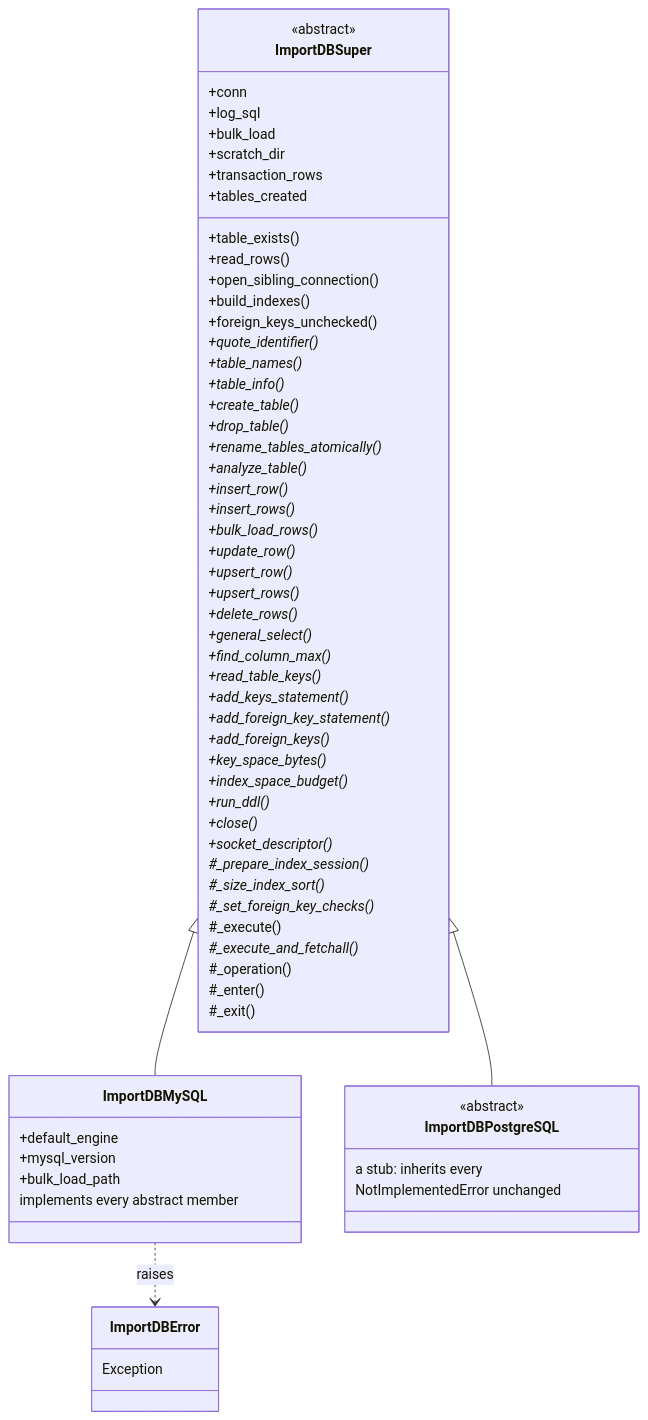
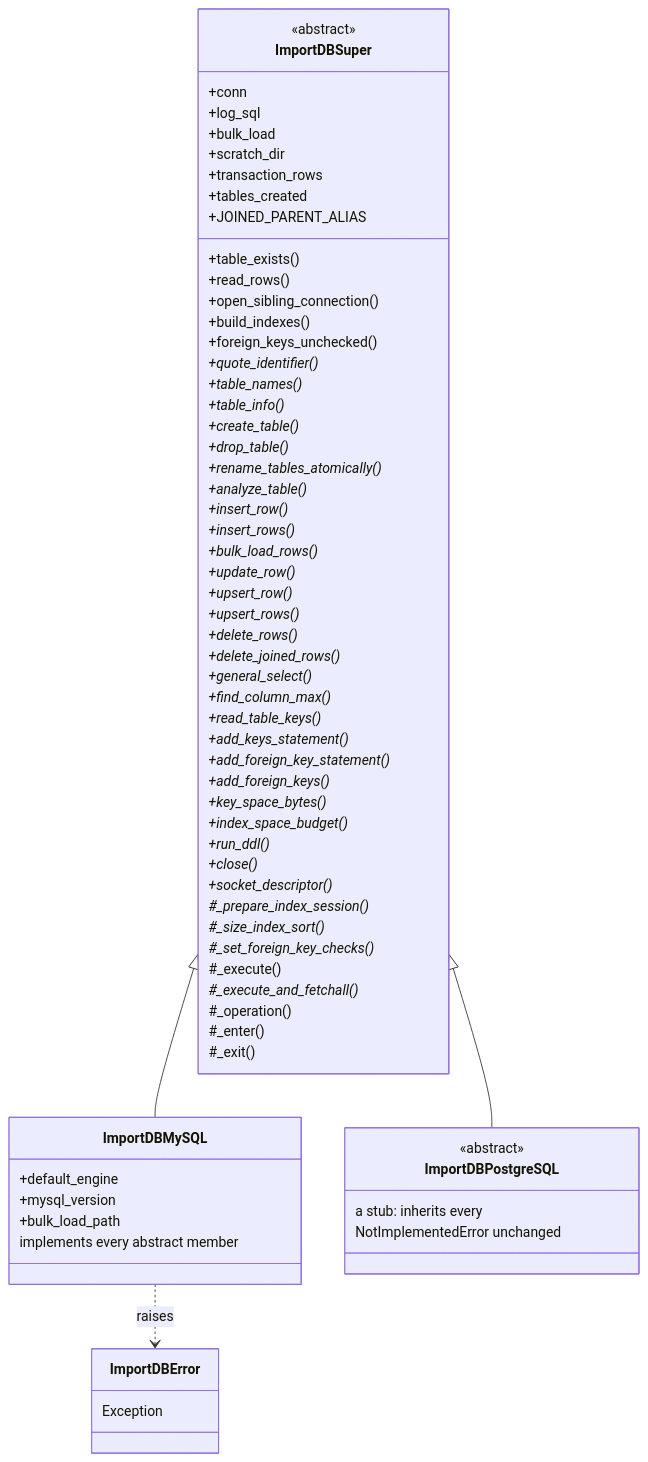
Before and after one commit to SETI/rms-opus: the diagram in docs/dev_guide_import_db.rst, drawn with Mermaid. The commit also changed other lines of this file and 103 other files, not shown here.

```diff
--- a/docs/dev_guide_import_db.rst
+++ b/docs/dev_guide_import_db.rst
@@ -25,69 +25,71 @@
 .. mermaid::
     :zoom:
 
     classDiagram
         class ImportDBSuper {
             <<abstract>>
             +conn
             +log_sql
             +bulk_load
             +scratch_dir
             +transaction_rows
             +tables_created
+            +JOINED_PARENT_ALIAS
             +table_exists()
             +read_rows()
             +open_sibling_connection()
             +build_indexes()
             +foreign_keys_unchecked()
             +quote_identifier()*
             +table_names()*
             +table_info()*
             +create_table()*
             +drop_table()*
             +rename_tables_atomically()*
             +analyze_table()*
             +insert_row()*
             +insert_rows()*
             +bulk_load_rows()*
             +update_row()*
             +upsert_row()*
             +upsert_rows()*
             +delete_rows()*
+            +delete_joined_rows()*
             +general_select()*
             +find_column_max()*
             +read_table_keys()*
             +add_keys_statement()*
             +add_foreign_key_statement()*
             +add_foreign_keys()*
             +key_space_bytes()*
             +index_space_budget()*
             +run_ddl()*
             +close()*
             +socket_descriptor()*
             #_prepare_index_session()*
             #_size_index_sort()*
             #_set_foreign_key_checks()*
             #_execute()
             #_execute_and_fetchall()*
             #_operation()
             #_enter()
             #_exit()
         }
         class ImportDBMySQL {
             +default_engine
             +mysql_version
             +bulk_load_path
             implements every abstract member
         }
         class ImportDBPostgreSQL {
             <<abstract>>
             a stub: inherits every
             NotImplementedError unchanged
         }
         class ImportDBError {
             Exception
         }
 
         ImportDBSuper <|-- ImportDBMySQL
         ImportDBSuper <|-- ImportDBPostgreSQL
         ImportDBMySQL ..> ImportDBError : raises
```
